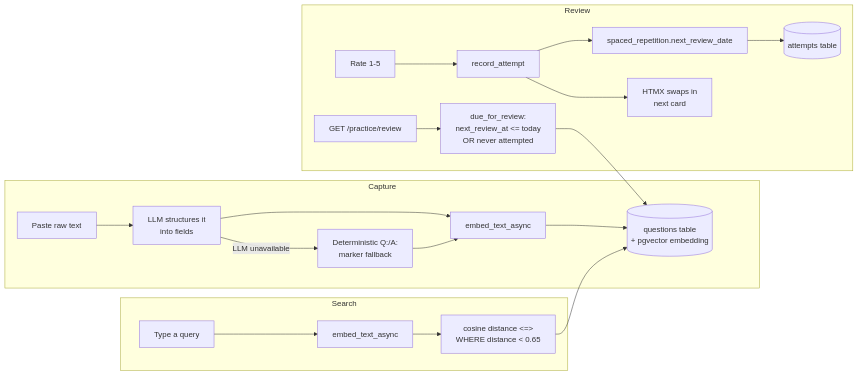
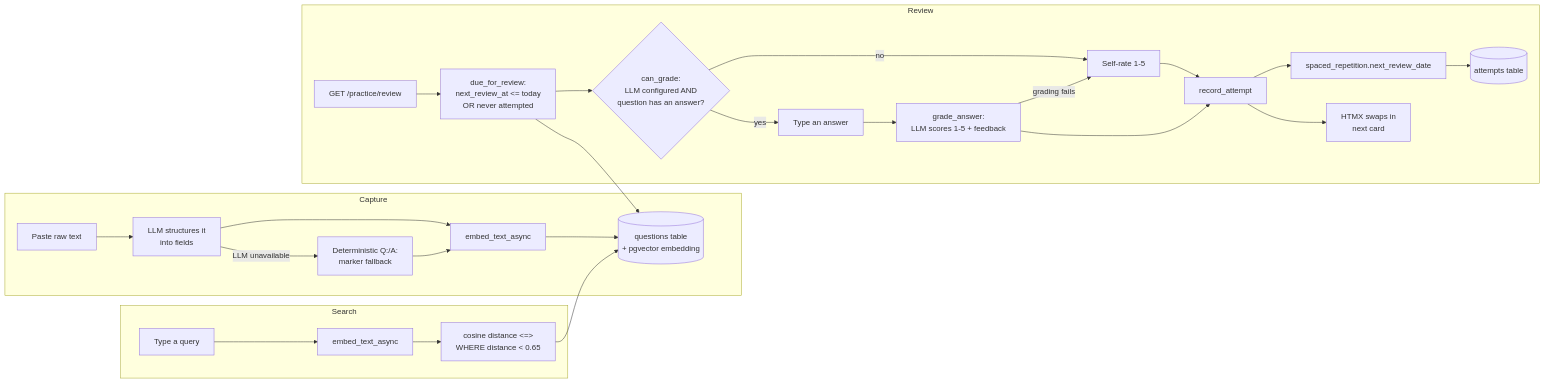
Before and after one commit to SAYUSHMAN18/PracticeLoop: the first of 3 diagrams in ARCHITECTURE.md, drawn with Mermaid. The commit also changed other lines of this file and 7 other files, not shown here.

````diff
--- a/ARCHITECTURE.md
+++ b/ARCHITECTURE.md
@@ -5,25 +5,30 @@
 ```mermaid
 flowchart LR
     subgraph Capture
         A[Paste raw text] --> B[LLM structures it<br/>into fields]
         B -->|LLM unavailable| C[Deterministic Q:/A:<br/>marker fallback]
         B --> D[embed_text_async]
         C --> D
         D --> E[(questions table<br/>+ pgvector embedding)]
     end
 
     subgraph Search
         F[Type a query] --> G[embed_text_async]
         G --> H["cosine distance <=><br/>WHERE distance < 0.65"]
         H --> E
     end
 
     subgraph Review
         I[GET /practice/review] --> J[due_for_review:<br/>next_review_at <= today<br/>OR never attempted]
         J --> E
-        K[Rate 1-5] --> L[record_attempt]
+        J --> P{can_grade:<br/>LLM configured AND<br/>question has an answer?}
+        P -->|yes| Q[Type an answer] --> R[grade_answer:<br/>LLM scores 1-5 + feedback]
+        P -->|no| K[Self-rate 1-5]
+        R -->|grading fails| K
+        K --> L[record_attempt]
+        R --> L
         L --> M[spaced_repetition.next_review_date]
         M --> N[(attempts table)]
         L --> O[HTMX swaps in<br/>next card]
     end
 ```
````
